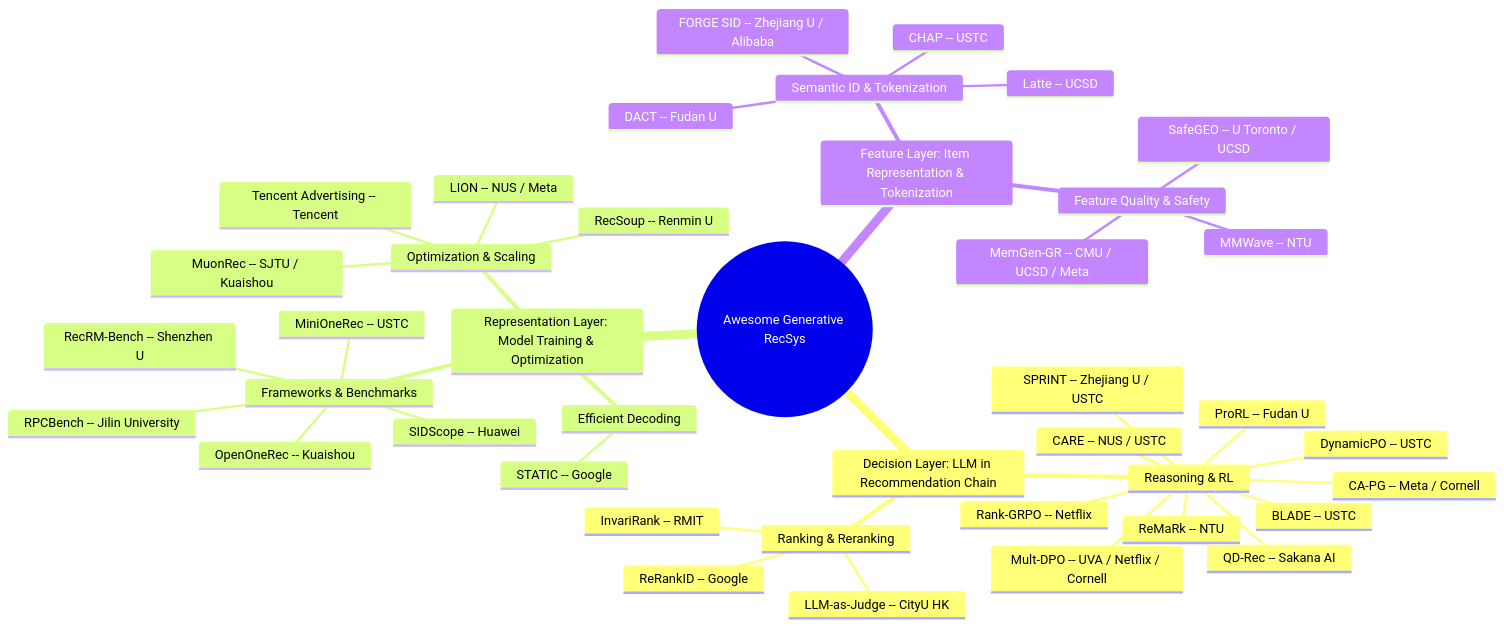
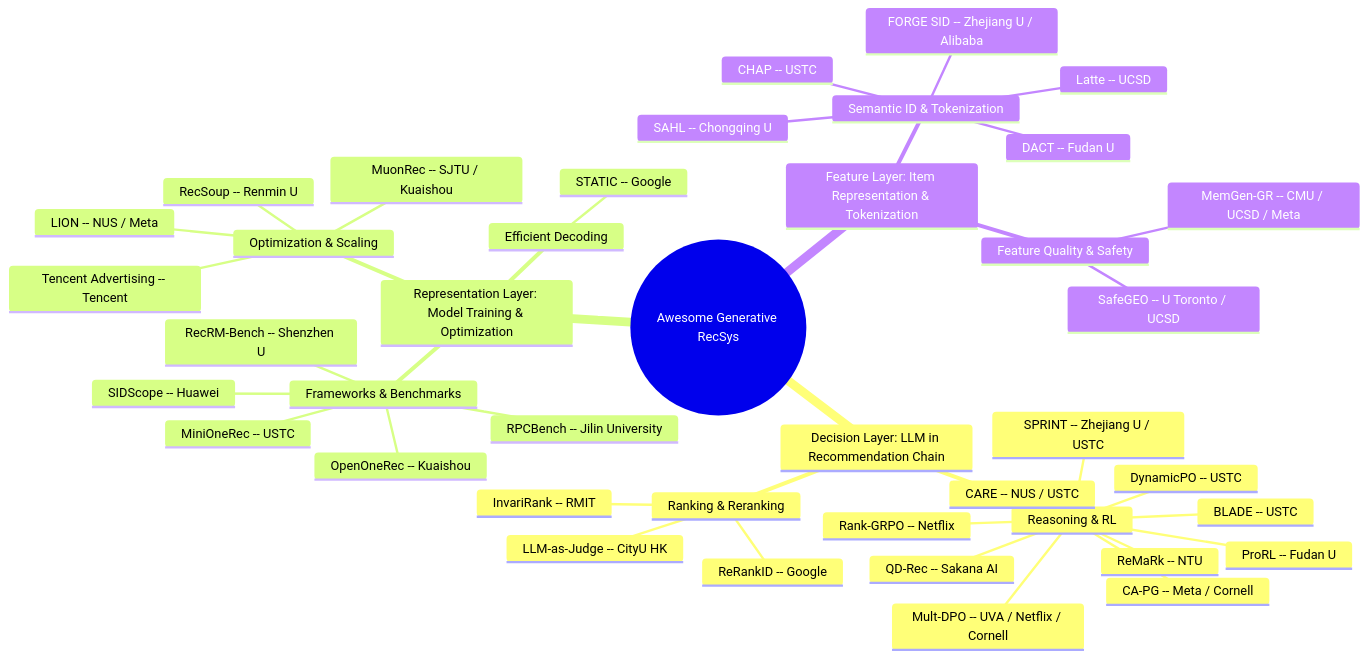
The diagram in README.md (HaFred/awesome-generative-recsys), drawn with Mermaid before and after one commit. The commit also changed other lines of this file and 3 other files, not shown here.

````diff
--- a/README.md
+++ b/README.md
@@ -30,44 +30,44 @@
 ```mermaid
 mindmap
   root((Awesome Generative RecSys))
     Decision Layer: LLM in Recommendation Chain
       Reasoning & RL
         Rank-GRPO -- Netflix
         DynamicPO -- USTC
         BLADE -- USTC
         SPRINT -- Zhejiang U / USTC
         CARE -- NUS / USTC
         Mult-DPO -- UVA / Netflix / Cornell
         CA-PG -- Meta / Cornell
         ProRL -- Fudan U
         ReMaRk -- NTU
         QD-Rec -- Sakana AI
       Ranking & Reranking
         InvariRank -- RMIT
         LLM-as-Judge -- CityU HK
         ReRankID -- Google
     Representation Layer: Model Training & Optimization
       Frameworks & Benchmarks
         MiniOneRec -- USTC
         OpenOneRec -- Kuaishou
         RecRM-Bench -- Shenzhen U
         SIDScope -- Huawei
         RPCBench -- Jilin University
       Efficient Decoding
         STATIC -- Google
       Optimization & Scaling
         MuonRec -- SJTU / Kuaishou
         Tencent Advertising -- Tencent
         LION -- NUS / Meta
         RecSoup -- Renmin U
     Feature Layer: Item Representation & Tokenization
       Semantic ID & Tokenization
         Latte -- UCSD
         FORGE SID -- Zhejiang U / Alibaba
         DACT -- Fudan U
         CHAP -- USTC
+        SAHL -- Chongqing U
       Feature Quality & Safety
         SafeGEO -- U Toronto / UCSD
         MemGen-GR -- CMU / UCSD / Meta
-        MMWave -- NTU
 ```
````
